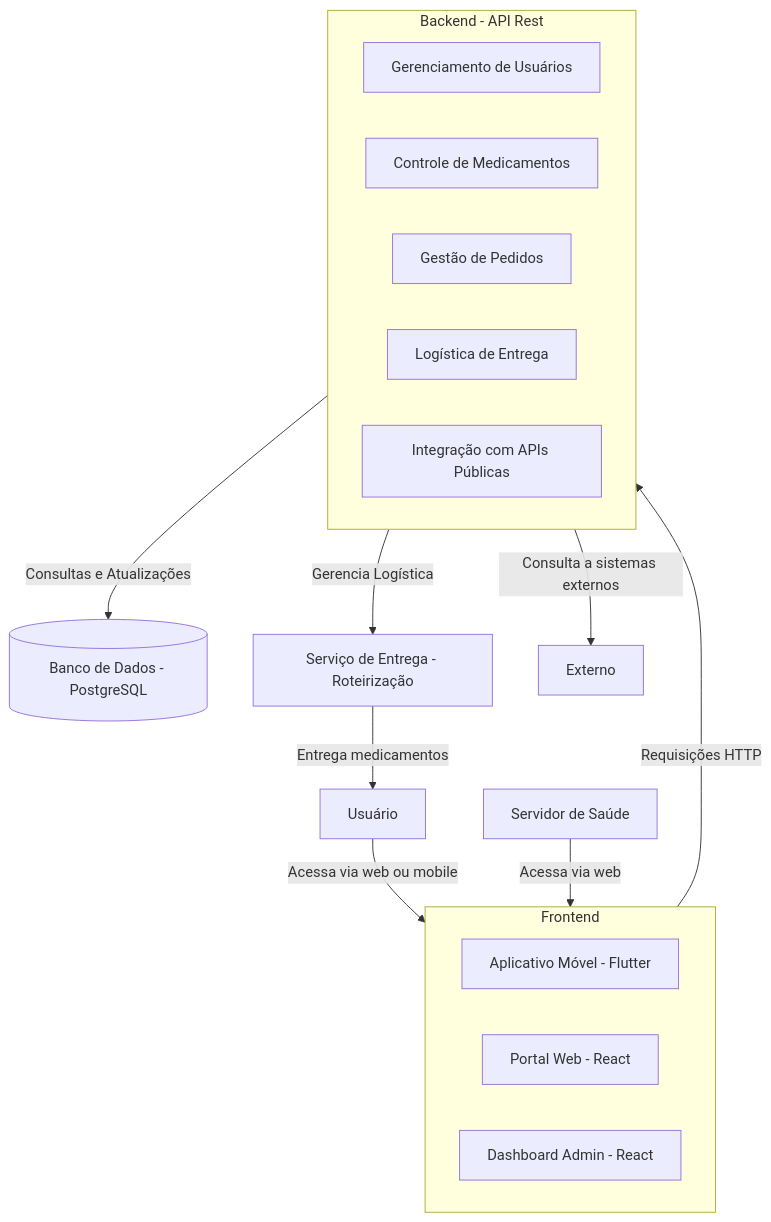
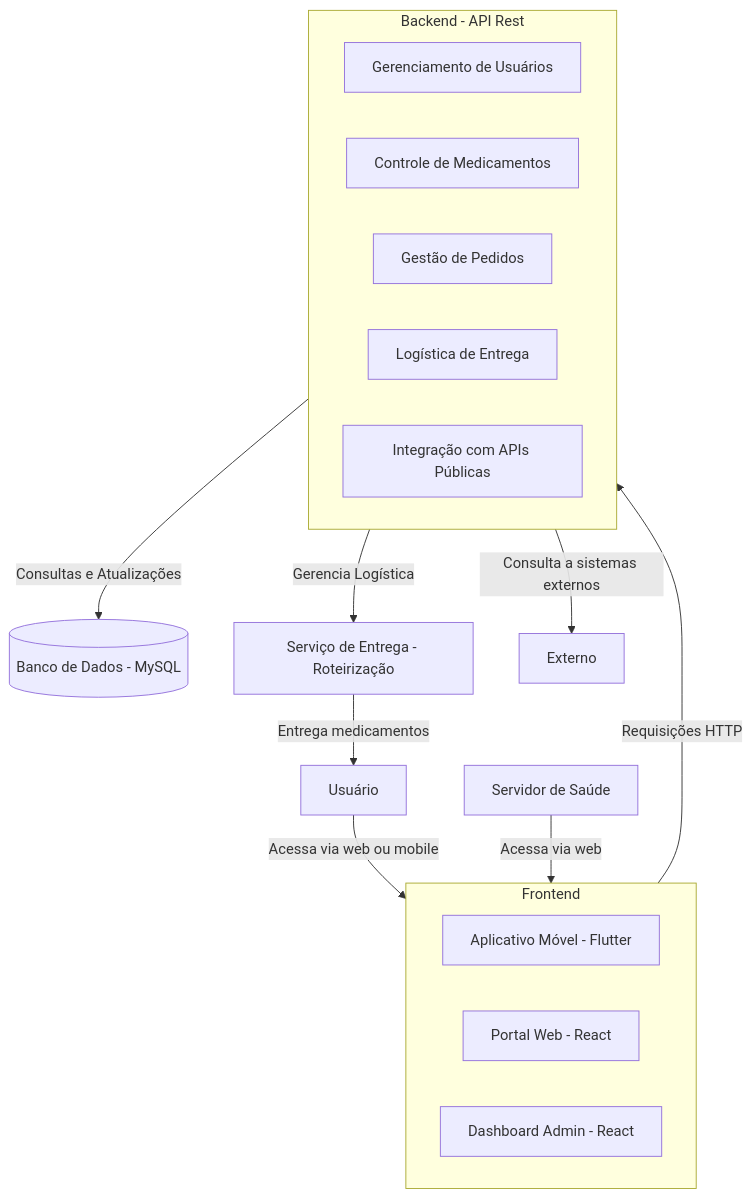
The diagram in docs/Diagramas/diagrama-nivel-container.mmd (Leonardo-Kotcheski-Filipiaki/tele-remedio), drawn with Mermaid before and after one commit.

```diff
--- a/docs/Diagramas/diagrama-nivel-container.mmd
+++ b/docs/Diagramas/diagrama-nivel-container.mmd
@@ -1,25 +1,25 @@
 %% Diagrama C4 - Nível de Container
 flowchart TD
     subgraph Frontend [Frontend]
         FE1[Aplicativo Móvel - Flutter]
         FE2[Portal Web - React]
         FE3[Dashboard Admin - React]
     end
     subgraph Backend [Backend - API Rest]
         BE1[Gerenciamento de Usuários]
         BE2[Controle de Medicamentos]
         BE3[Gestão de Pedidos]
         BE4[Logística de Entrega]
         BE5[Integração com APIs Públicas]
     end
-    DB[(Banco de Dados - PostgreSQL)]
+    DB[(Banco de Dados - MySQL)]
     ServicoEntrega[Serviço de Entrega - Roteirização]
 
     Cid[Usuário] -->|Acessa via web ou mobile| Frontend
     Adm[Servidor de Saúde] -->|Acessa via web| Frontend
 
     Frontend -->|Requisições HTTP| Backend
     Backend -->|Consultas e Atualizações| DB
     Backend -->|Gerencia Logística| ServicoEntrega
     ServicoEntrega -->|Entrega medicamentos| Cid
     Backend -->|Consulta a sistemas externos| Externo
```
